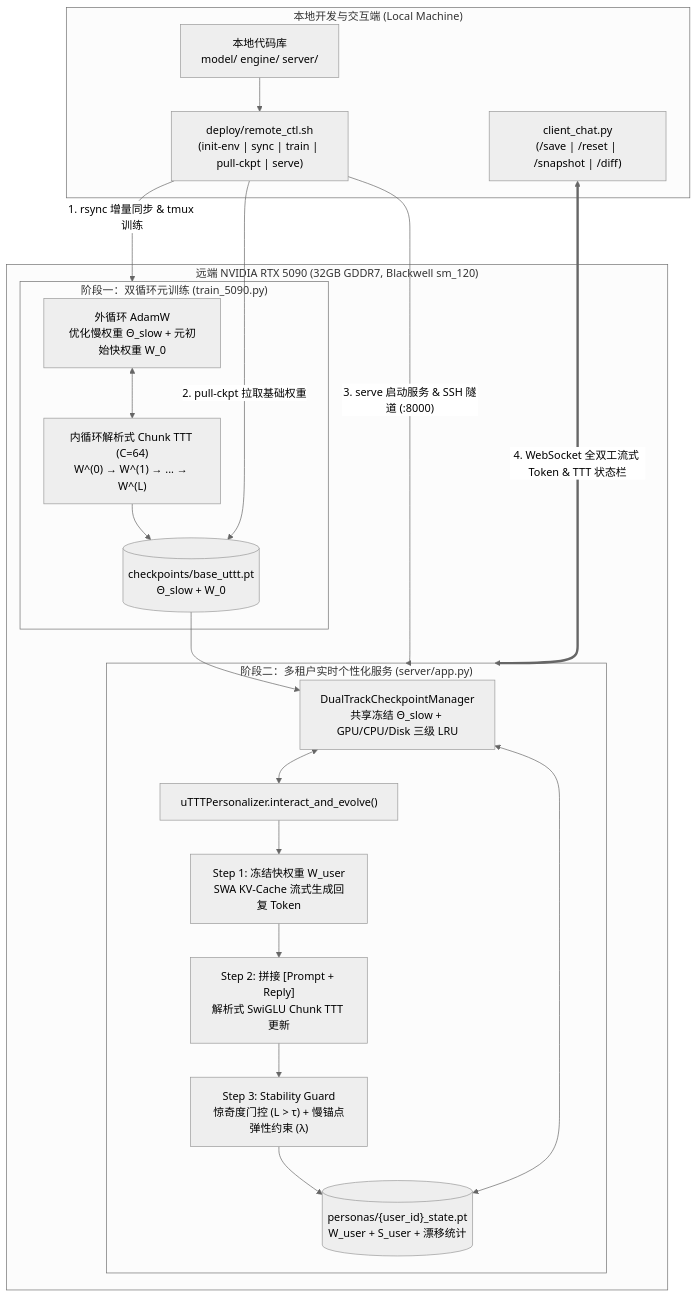
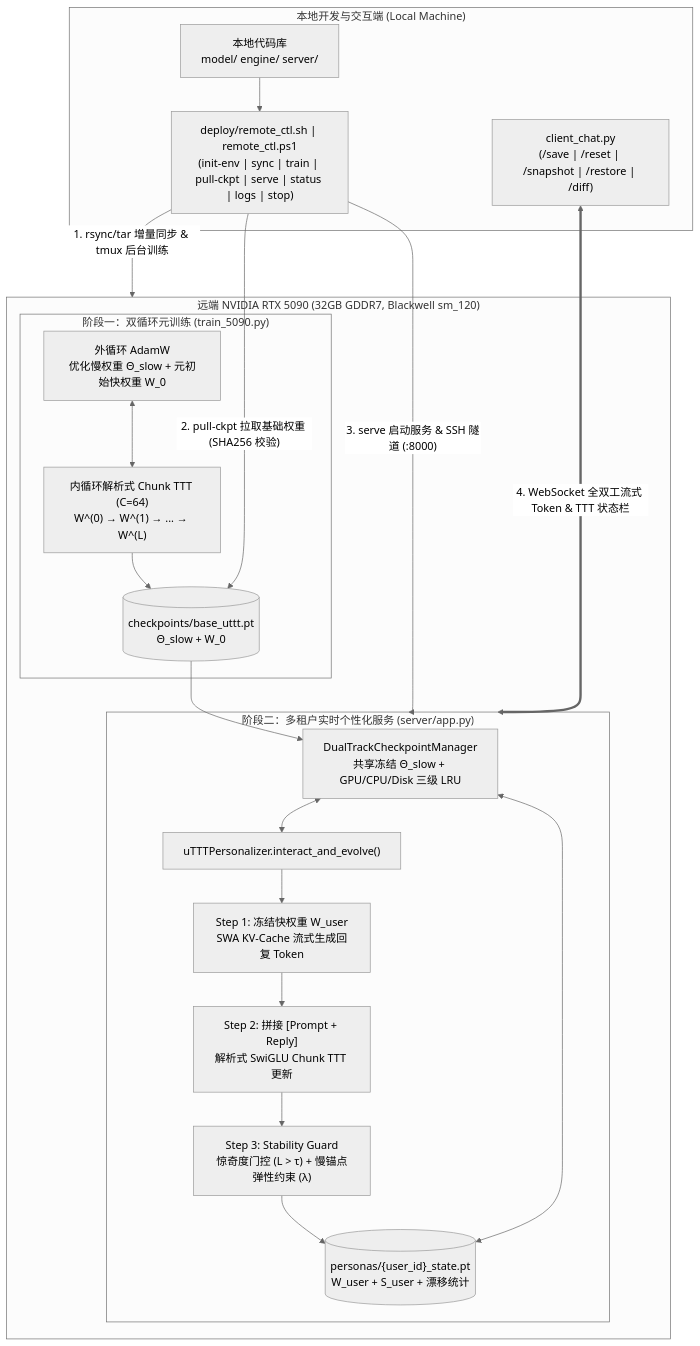
Before and after one commit to Phova/uTTTCompanion: the diagram in README.md, drawn with Mermaid (neutral theme). The commit also changed other lines of this file, not shown here.

````diff
--- a/README.md
+++ b/README.md
@@ -40,39 +45,39 @@
 ```mermaid
 flowchart TD
     subgraph LocalDev["本地开发与交互端 (Local Machine)"]
         Code["本地代码库<br/>model/ engine/ server/"]
-        CTL["deploy/remote_ctl.sh<br/>(init-env | sync | train | pull-ckpt | serve)"]
-        CLI["client_chat.py<br/>(/save | /reset | /snapshot | /diff)"]
+        CTL["deploy/remote_ctl.sh | remote_ctl.ps1<br/>(init-env | sync | train | pull-ckpt | serve | status | logs | stop)"]
+        CLI["client_chat.py<br/>(/save | /reset | /snapshot | /restore | /diff)"]
     end
 
     subgraph Remote5090["远端 NVIDIA RTX 5090 (32GB GDDR7, Blackwell sm_120)"]
         subgraph MetaTrain["阶段一：双循环元训练 (train_5090.py)"]
             SlowOpt["外循环 AdamW<br/>优化慢权重 Θ_slow + 元初始快权重 W_0"]
             InnerTTT["内循环解析式 Chunk TTT (C=64)<br/>W^(0) → W^(1) → ... → W^(L)"]
             BaseCkpt[("checkpoints/base_uttt.pt<br/>Θ_slow + W_0")]
             SlowOpt <--> InnerTTT
             InnerTTT --> BaseCkpt
         end
 
         subgraph Serving["阶段二：多租户实时个性化服务 (server/app.py)"]
             CkptMgr["DualTrackCheckpointManager<br/>共享冻结 Θ_slow + GPU/CPU/Disk 三级 LRU"]
             PersEngine["uTTTPersonalizer.interact_and_evolve()"]
             Step1["Step 1: 冻结快权重 W_user<br/>SWA KV-Cache 流式生成回复 Token"]
             Step2["Step 2: 拼接 [Prompt + Reply]<br/>解析式 SwiGLU Chunk TTT 更新"]
             Step3["Step 3: Stability Guard<br/>惊奇度门控 (L > τ) + 慢锚点弹性约束 (λ)"]
             PersonaStore[("personas/{user_id}_state.pt<br/>W_user + S_user + 漂移统计")]
 
             BaseCkpt --> CkptMgr
             CkptMgr <--> PersEngine
             PersEngine --> Step1 --> Step2 --> Step3
             Step3 --> PersonaStore
             PersonaStore <--> CkptMgr
         end
     end
 
     Code --> CTL
-    CTL -- "1. rsync 增量同步 & tmux 训练" --> MetaTrain
-    CTL -- "2. pull-ckpt 拉取基础权重" --> BaseCkpt
+    CTL -- "1. rsync/tar 增量同步 & tmux 后台训练" --> MetaTrain
+    CTL -- "2. pull-ckpt 拉取基础权重 (SHA256 校验)" --> BaseCkpt
     CTL -- "3. serve 启动服务 & SSH 隧道 (:8000)" --> Serving
     CLI <== "4. WebSocket 全双工流式 Token & TTT 状态栏" ==> Serving
 ```
````
